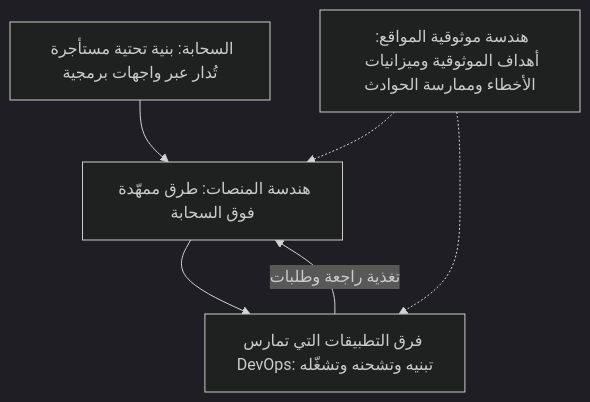
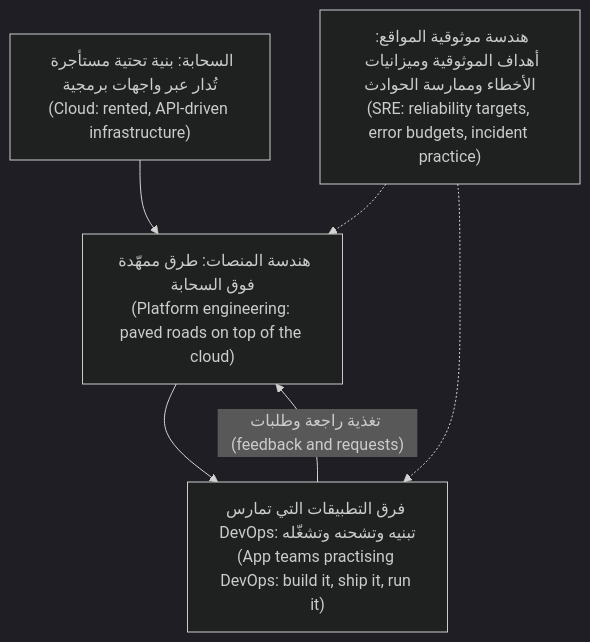
The first of 2 diagrams in cloud/modules/00-orientation.ar.md (Tamoura/system-design-for-vibe-coders), drawn with Mermaid (dark theme) before and after one commit. The commit also changed other lines of this file and 20 other files, not shown here.

First line of the commit message:
New courses: Arabic diagrams read right-to-left with English labels (modules 0–6)

````diff
--- a/cloud/modules/00-orientation.ar.md
+++ b/cloud/modules/00-orientation.ar.md
@@ -69,8 +69,8 @@
 ```mermaid
 flowchart TD
-    C["السحابة: بنية تحتية مستأجرة تُدار عبر واجهات برمجية"] --> P["هندسة المنصات: طرق ممهّدة فوق السحابة"]
-    P --> A["فرق التطبيقات التي تمارس DevOps: تبنيه وتشحنه وتشغّله"]
-    S["هندسة موثوقية المواقع: أهداف الموثوقية وميزانيات الأخطاء وممارسة الحوادث"] -.-> P
+    C["السحابة: بنية تحتية مستأجرة تُدار عبر واجهات برمجية<br/>(Cloud: rented, API-driven infrastructure)"] --> P["هندسة المنصات: طرق ممهّدة فوق السحابة<br/>(Platform engineering: paved roads on top of the cloud)"]
+    P --> A["فرق التطبيقات التي تمارس DevOps: تبنيه وتشحنه وتشغّله<br/>(App teams practising DevOps: build it, ship it, run it)"]
+    S["هندسة موثوقية المواقع: أهداف الموثوقية وميزانيات الأخطاء وممارسة الحوادث<br/>(SRE: reliability targets, error budgets, incident practice)"] -.-> P
     S -.-> A
-    A -->|"تغذية راجعة وطلبات"| P
+    A -->|"تغذية راجعة وطلبات (feedback and requests)"| P
 ```
````
